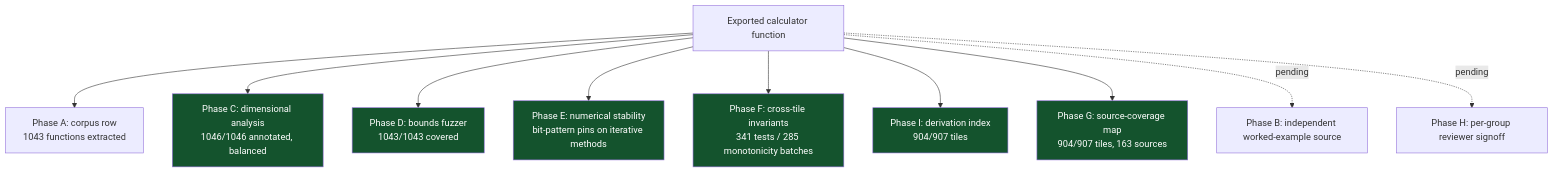
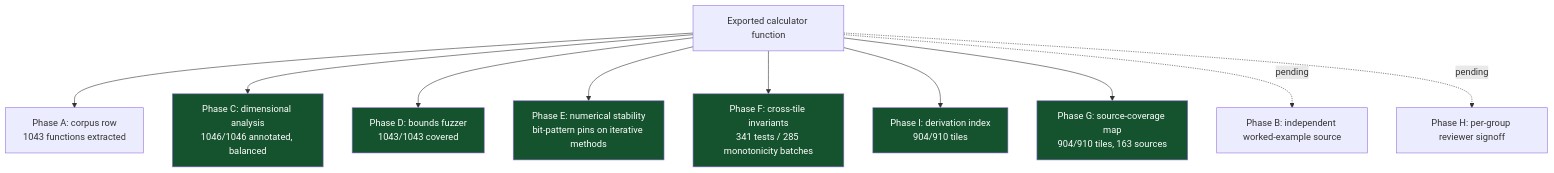
The sixth of 8 diagrams in README.md (clay-good/roughlogic.com), drawn with Mermaid before and after one commit. The commit also changed other lines of this file and 20 other files, not shown here.

````diff
--- a/README.md
+++ b/README.md
@@ -519,18 +519,18 @@
 ```mermaid
 flowchart TB
     F[Exported calculator function] --> A[Phase A: corpus row\n1043 functions extracted]
     F --> C[Phase C: dimensional analysis\n1046/1046 annotated, balanced]
     F --> D[Phase D: bounds fuzzer\n1043/1043 covered]
     F --> E[Phase E: numerical stability\nbit-pattern pins on iterative methods]
     F --> Fa[Phase F: cross-tile invariants\n341 tests / 285 monotonicity batches]
-    F --> I[Phase I: derivation index\n904/907 tiles]
-    F --> G[Phase G: source-coverage map\n904/907 tiles, 163 sources]
+    F --> I[Phase I: derivation index\n904/910 tiles]
+    F --> G[Phase G: source-coverage map\n904/910 tiles, 163 sources]
     F -.pending.-> B[Phase B: independent worked-example source]
     F -.pending.-> H[Phase H: per-group reviewer signoff]
     style C fill:#14532d,color:#fff
     style D fill:#14532d,color:#fff
     style E fill:#14532d,color:#fff
     style Fa fill:#14532d,color:#fff
     style G fill:#14532d,color:#fff
     style I fill:#14532d,color:#fff
 ```
````
